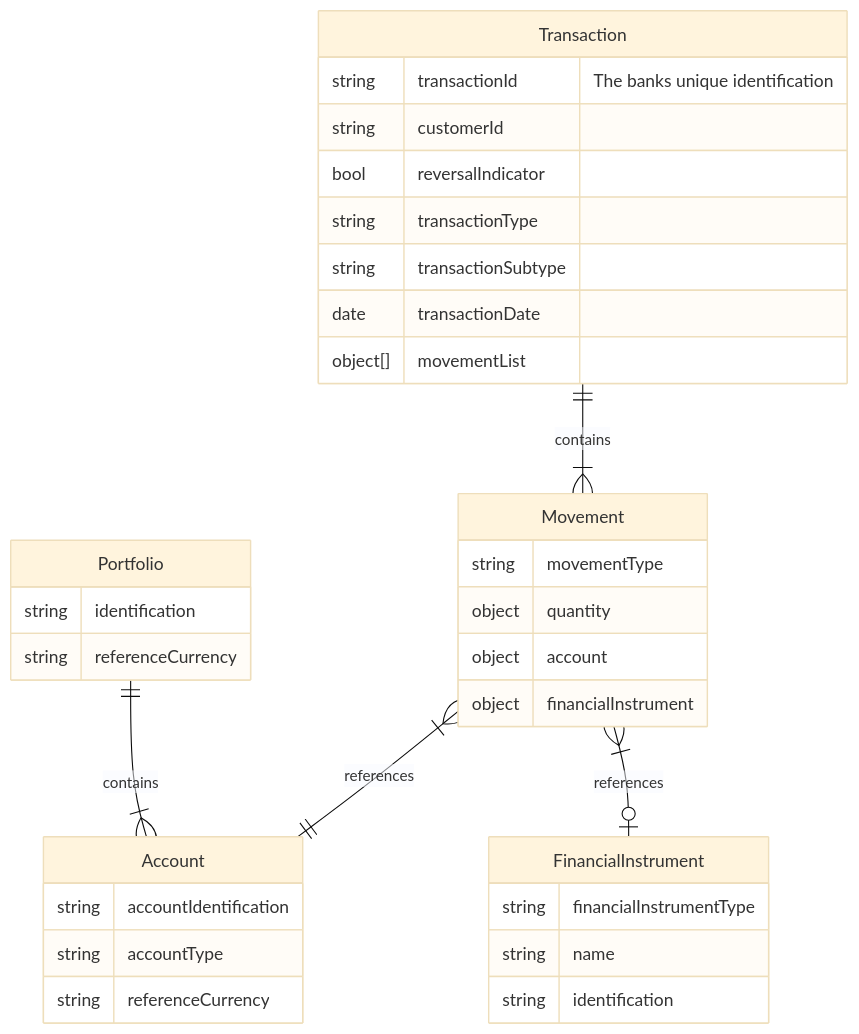
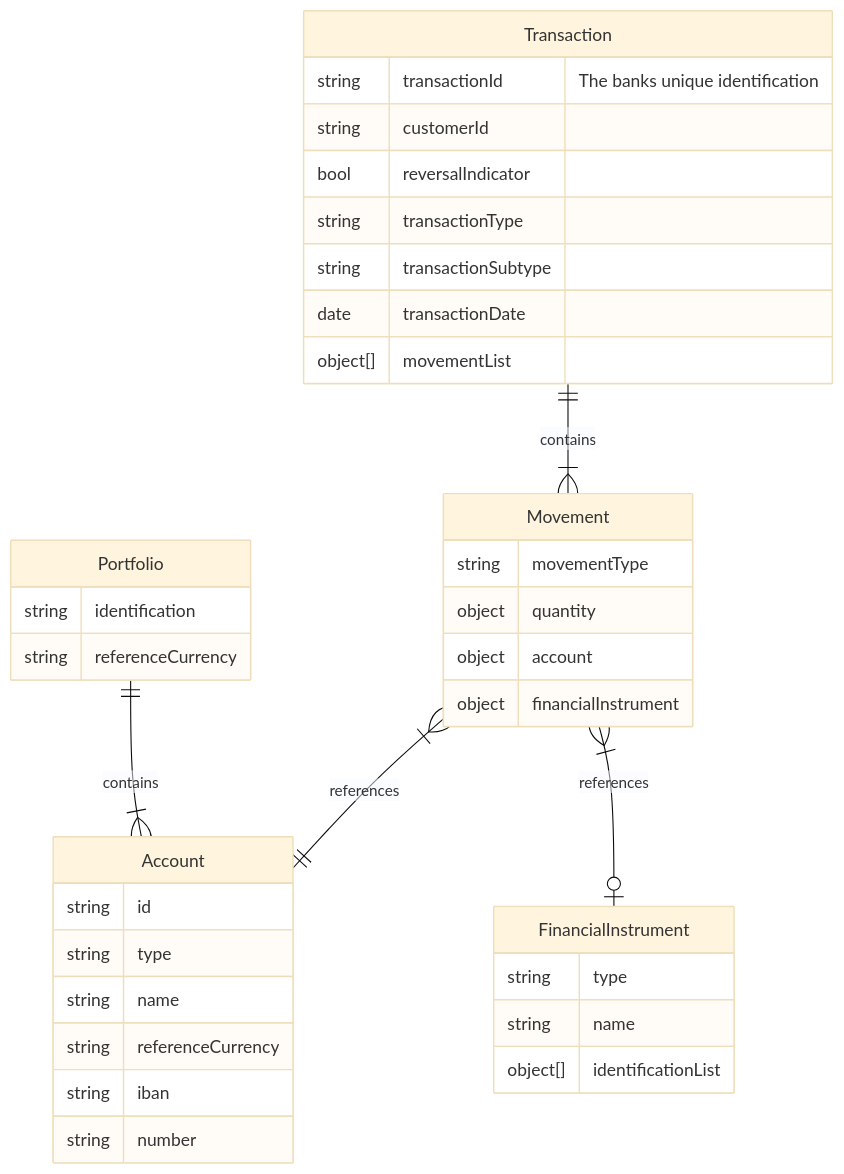
Before and after one commit to OpenWealth/OpenWealth: the fourth of 5 diagrams in src/custody/Docs/EntityModel.md, drawn with Mermaid (base theme). The commit also changed other lines of this file, not shown here.

````diff
--- a/src/custody/Docs/EntityModel.md
+++ b/src/custody/Docs/EntityModel.md
@@ -109,36 +112,39 @@
 ```mermaid
 erDiagram
     Transaction ||--|{ Movement : contains
     Transaction {
         string transactionId "The banks unique identification"
         string customerId
         bool reversalIndicator
         string transactionType
         string transactionSubtype
         date transactionDate
         object[] movementList
     }
     Movement }|--|| Account : references
     Movement {
         string movementType
         object quantity
         object account
         object financialInstrument
     }
     Account {
-        string accountIdentification
-        string accountType
+        string id
+        string type
+        string name
         string referenceCurrency
+        string iban
+        string number
     }
     Movement }|--o| FinancialInstrument : references
     FinancialInstrument {
-        string financialInstrumentType      
+        string type
         string name
-        string identification
+        object[] identificationList
     }
     Portfolio ||--|{ Account : contains
     Portfolio {
         string identification
         string referenceCurrency
     }
 ```
````
